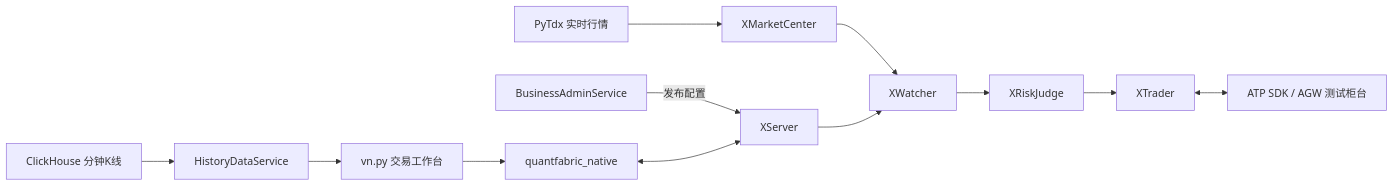
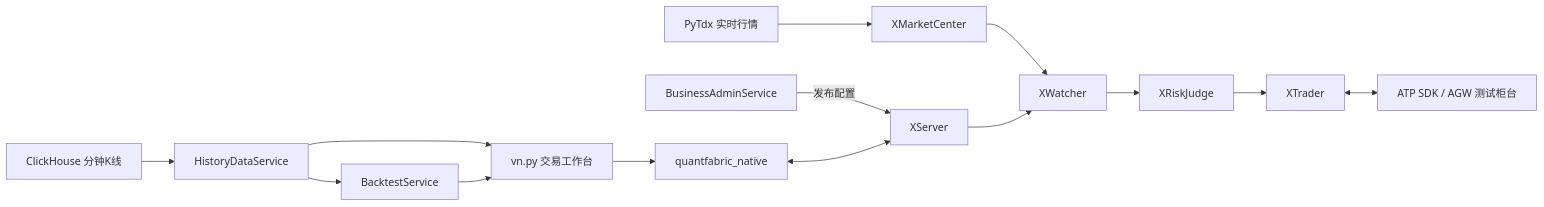
One commit to Weatherbless2/quantfabric-trading-platform changed the diagram in README.md. Above: the diagram before and after it, drawn with Mermaid. The commit also changed other lines of this file and 30 other files, not shown here.

Commit message:
feat: polish trading and backtest charts

```diff
--- a/README.md
+++ b/README.md
@@ -29,10 +30,11 @@
 ~~~mermaid
 flowchart LR
     Admin[BusinessAdminService] -->|发布配置| XServer
     Vnpy[vn.py 交易工作台] --> Native[quantfabric_native]
     Native <--> XServer
     PyTdx[PyTdx 实时行情] --> Market[XMarketCenter] --> Watcher[XWatcher]
     XServer --> Watcher --> Risk[XRiskJudge] --> Trader[XTrader]
     Trader <--> ATP[ATP SDK / AGW 测试柜台]
     ClickHouse[ClickHouse 分钟K线] --> History[HistoryDataService] --> Vnpy
+    History --> Backtest[BacktestService] --> Vnpy
 ~~~
```
